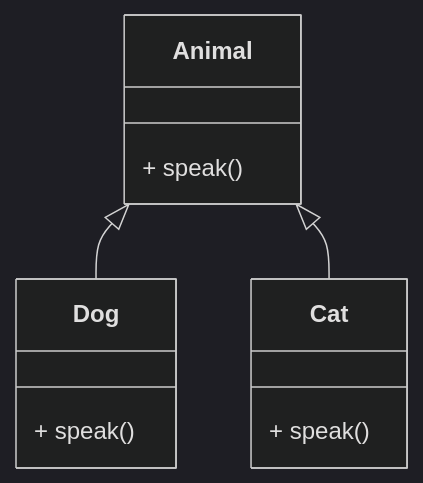
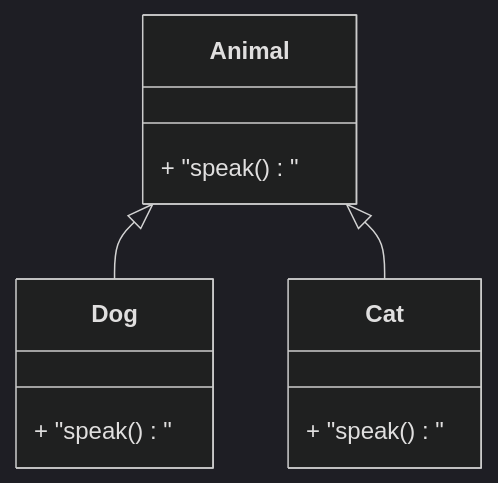
Before and after one commit to 42jerrykim/42jerrykim.github.io: the fifth of 15 diagrams in content/post/2024/2024-11-08-python-oop/index.md, drawn with Mermaid (dark theme). The commit also changed other lines of this file and 239 other files, not shown here.

````diff
--- a/content/post/2024/2024-11-08-python-oop/index.md
+++ b/content/post/2024/2024-11-08-python-oop/index.md
@@ -327,14 +373,14 @@
 ```mermaid
 classDiagram
     class Animal {
-        + speak()
+        + "speak()"
     }
     class Dog {
-        + speak()
+        + "speak()"
     }
     class Cat {
-        + speak()
+        + "speak()"
     }
     Animal <|-- Dog
     Animal <|-- Cat
 ```
````
